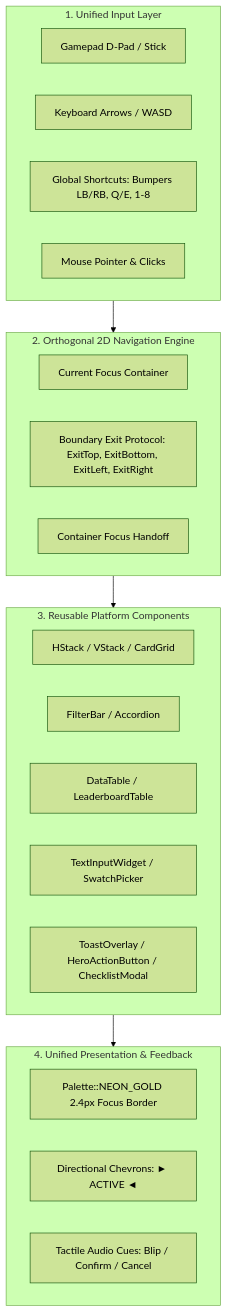
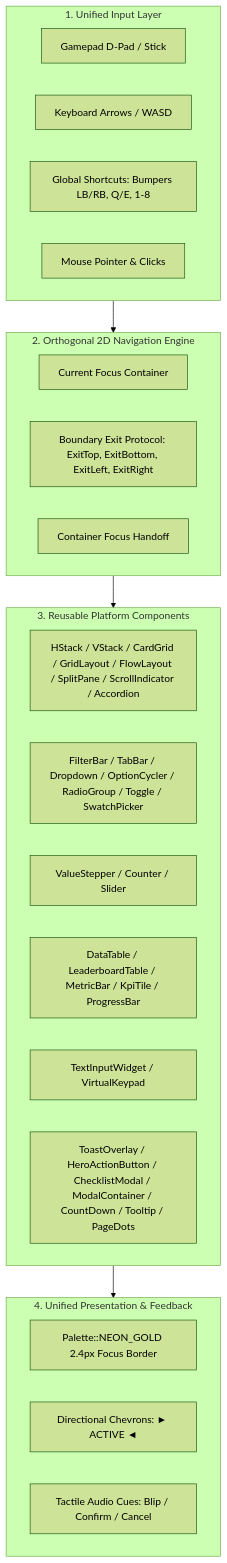
One commit to magomar/tdrace changed the first of 2 diagrams in specs/068_unified_ui_and_ux_consistency_across_tdrace_and_shared_platform_crate.md. Above: the diagram before and after it, drawn with Mermaid (forest theme). The commit also changed other lines of this file, not shown here.

````diff
--- a/specs/068_unified_ui_and_ux_consistency_across_tdrace_and_shared_platform_crate.md
+++ b/specs/068_unified_ui_and_ux_consistency_across_tdrace_and_shared_platform_crate.md
@@ -34,33 +34,34 @@
 ```mermaid
 flowchart TD
     subgraph InputLayer ["1. Unified Input Layer"]
         GP[Gamepad D-Pad / Stick]
         KB[Keyboard Arrows / WASD]
         SC[Global Shortcuts: Bumpers LB/RB, Q/E, 1-8]
         MS[Mouse Pointer & Clicks]
     end
 
     subgraph NavEngine ["2. Orthogonal 2D Navigation Engine"]
         Focus[Current Focus Container]
         Exit[Boundary Exit Protocol: ExitTop, ExitBottom, ExitLeft, ExitRight]
         Handoff[Container Focus Handoff]
     end
 
     subgraph ComponentSuite ["3. Reusable Platform Components"]
-        Layout[HStack / VStack / CardGrid]
-        Nav[FilterBar / Accordion]
-        Data[DataTable / LeaderboardTable]
-        Input[TextInputWidget / SwatchPicker]
-        Feedback[ToastOverlay / HeroActionButton / ChecklistModal]
+        Containers[HStack / VStack / CardGrid / GridLayout / FlowLayout / SplitPane / ScrollIndicator / Accordion]
+        Selectors[FilterBar / TabBar / Dropdown / OptionCycler / RadioGroup / Toggle / SwatchPicker]
+        Counters[ValueStepper / Counter / Slider]
+        Data[DataTable / LeaderboardTable / MetricBar / KpiTile / ProgressBar]
+        Input[TextInputWidget / VirtualKeypad]
+        Feedback[ToastOverlay / HeroActionButton / ChecklistModal / ModalContainer / CountDown / Tooltip / PageDots]
     end
 
     subgraph Presentation ["4. Unified Presentation & Feedback"]
         Gold[Palette::NEON_GOLD 2.4px Focus Border]
         Chevrons[Directional Chevrons: ► ACTIVE ◄]
         Audio[Tactile Audio Cues: Blip / Confirm / Cancel]
     end
 
     InputLayer --> NavEngine
     NavEngine --> ComponentSuite
     ComponentSuite --> Presentation
 ```
````
